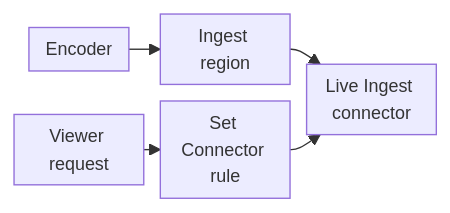
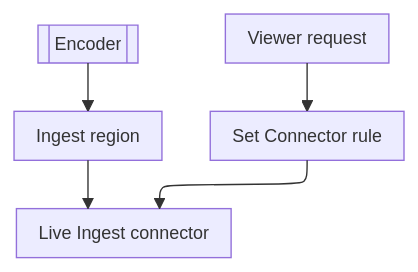
The fourth of 4 diagrams in apps/docs/src/content/docs/en/pages/secure/connectors/how-it-works.mdx (aziontech/docs), drawn with Mermaid before and after one commit. The commit also changed other lines of this file and 179 other files, not shown here.

Commit message:
docs(diagrams): redraw every other diagram in the use-case diagram style (#2513)

````diff
--- a/apps/docs/src/content/docs/en/pages/secure/connectors/how-it-works.mdx
+++ b/apps/docs/src/content/docs/en/pages/secure/connectors/how-it-works.mdx
@@ -228,8 +228,8 @@
 ```mermaid
-%%{init: {"layout": "dagre", "themeVariables": {"fontSize": "13px"}, "flowchart": {"nodeSpacing": 12, "rankSpacing": 12, "padding": 6, "wrappingWidth": 70, "minNodeWidth": 40, "useMaxWidth": true}}}%%
-flowchart LR
-  Enc["Encoder"] --> Region["Ingest region"]
+%%{init: {"layout": "elk", "themeVariables": {"fontSize": "13px"}, "flowchart": {"nodeSpacing": 24, "rankSpacing": 36, "padding": 8, "wrappingWidth": 150, "useMaxWidth": true}, "sequence": {"width": 120, "actorMargin": 30, "useMaxWidth": true}}}%%
+flowchart TD
+  Enc[["Encoder"]] --> Region["Ingest region"]
   Region --> Conn["Live Ingest connector"]
   Viewer["Viewer request"] --> Rule["Set Connector rule"]
   Rule --> Conn
 ```
````
